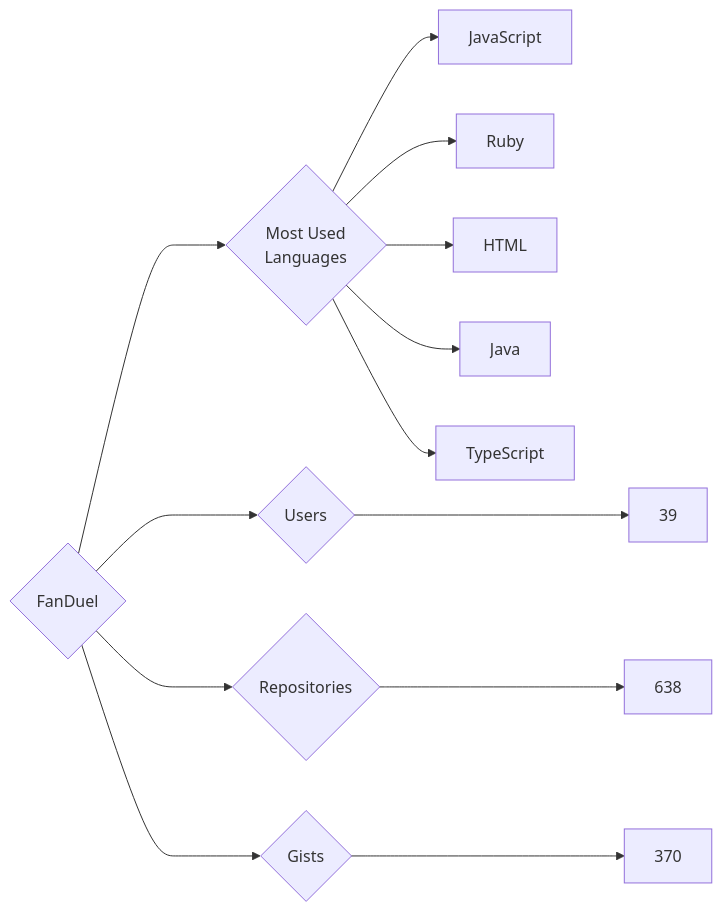
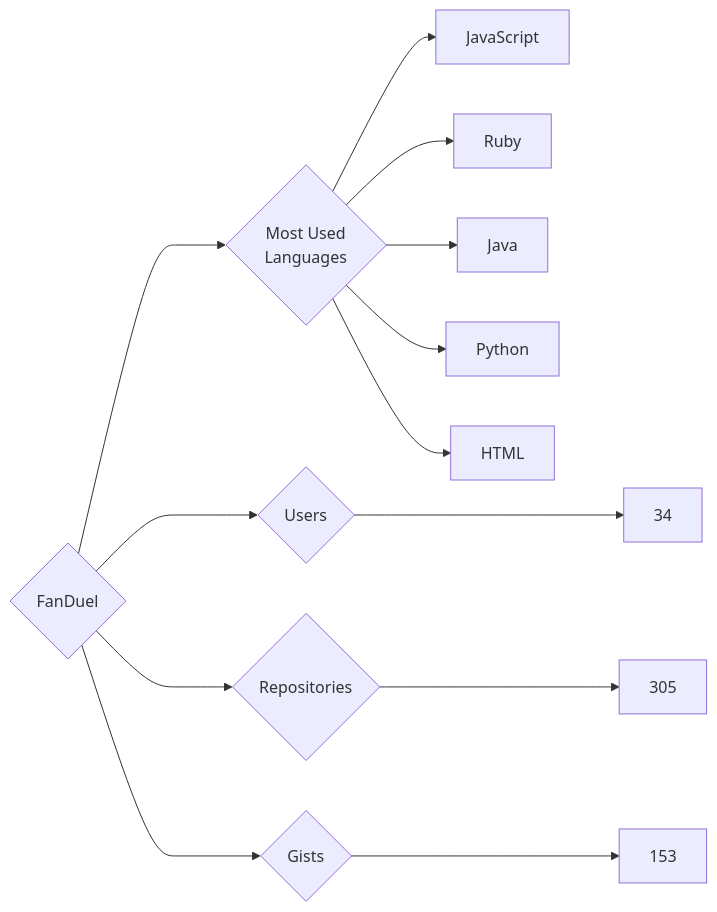
The diagram in targets/FanDuel/README.md (trickest/insiders), drawn with Mermaid before and after one commit. The commit also changed 773 other files, not shown here.

````diff
--- a/targets/FanDuel/README.md
+++ b/targets/FanDuel/README.md
@@ -3,13 +3,13 @@
 ```mermaid
 graph LR
 COMPANY_NAME{FanDuel}
-COMPANY_NAME ---> U{Users} ---> UN[39]
-COMPANY_NAME ---> R{Repositories} ---> RN[638]
-COMPANY_NAME ---> G{Gists} ---> GN[370]
+COMPANY_NAME ---> U{Users} ---> UN[34]
+COMPANY_NAME ---> R{Repositories} ---> RN[305]
+COMPANY_NAME ---> G{Gists} ---> GN[153]
 COMPANY_NAME ---> ML{Most Used<br>Languages}
 ML --> JavaScript[JavaScript]
 ML --> Ruby[Ruby]
+ML --> Java[Java]
+ML --> Python[Python]
 ML --> HTML[HTML]
-ML --> Java[Java]
-ML --> TypeScript[TypeScript]
 ```
````
